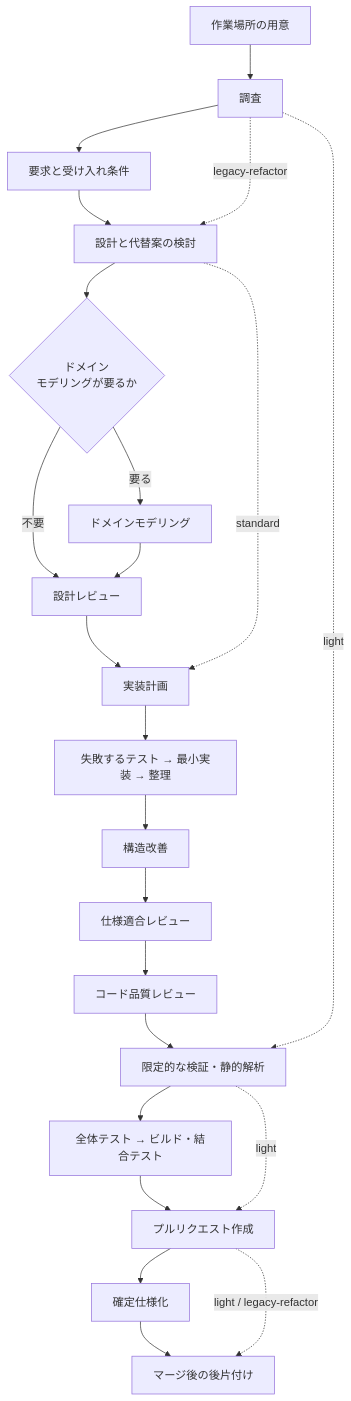
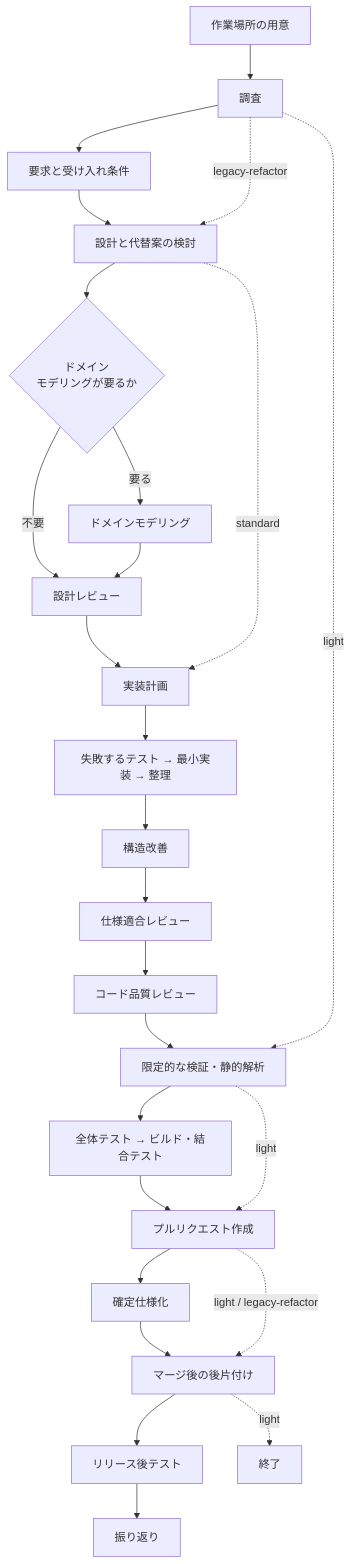
The second of 2 diagrams in plugins/ndf/skills/development-workflow/SKILL.md (devbasex/ai-plugins), drawn with Mermaid before and after one commit. The commit also changed other lines of this file and 8 other files, not shown here.

````diff
--- a/plugins/ndf/skills/development-workflow/SKILL.md
+++ b/plugins/ndf/skills/development-workflow/SKILL.md
@@ -109,25 +143,28 @@
 ```mermaid
 flowchart TD
     S[作業場所の用意] --> A[調査]
     A --> B[要求と受け入れ条件]
     B --> C[設計と代替案の検討]
     C --> D{ドメイン<br/>モデリングが要るか}
     D -->|要る| E[ドメインモデリング]
     D -->|不要| F[設計レビュー]
     E --> F
     F --> G[実装計画]
     G --> H[失敗するテスト → 最小実装 → 整理]
     H --> R[構造改善]
     R --> I[仕様適合レビュー]
     I --> J[コード品質レビュー]
     J --> K[限定的な検証・静的解析]
     K --> N[全体テスト → ビルド・結合テスト]
     N --> L[プルリクエスト作成]
     L --> M[確定仕様化]
     M --> P[マージ後の後片付け]
+    P --> Q[リリース後テスト]
+    Q --> T[振り返り]
     C -.->|standard| G
     A -.->|legacy-refactor| C
     A -.->|light| K
     K -.->|light| L
     L -.->|light / legacy-refactor| P
+    P -.->|light| Z[終了]
 ```
````
